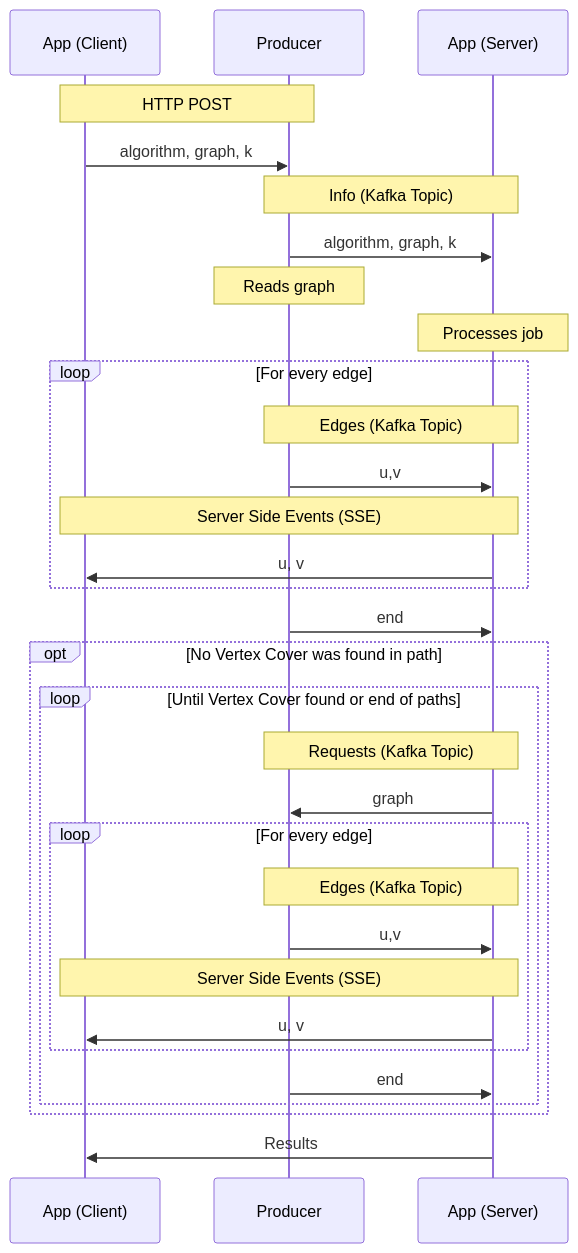
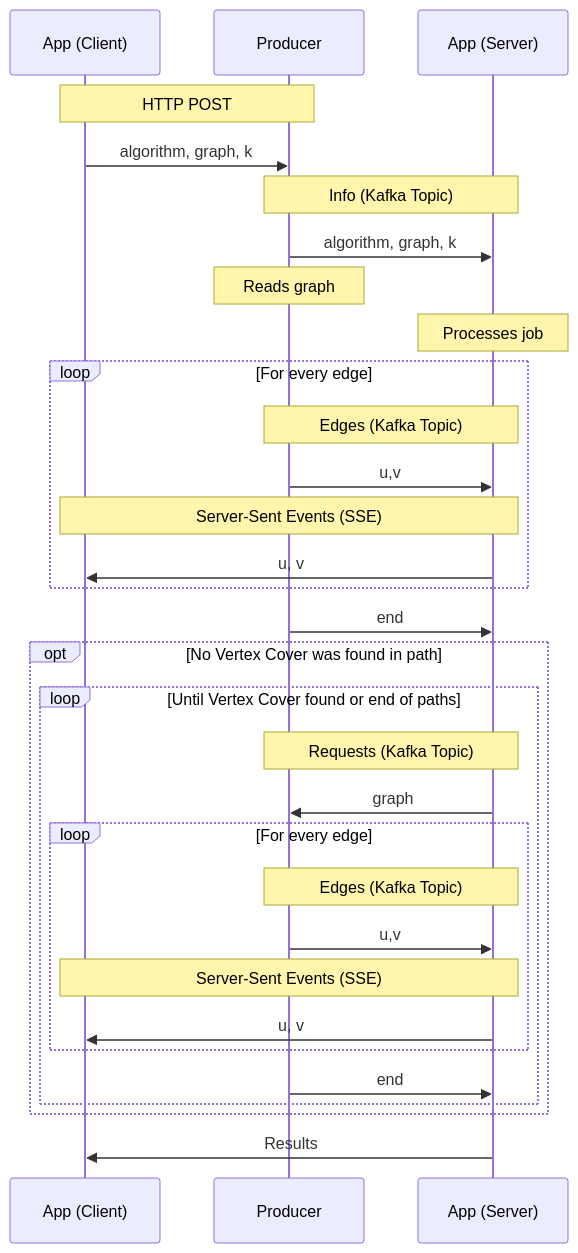
One commit to adamjhc/stream-vertex-cover changed the second of 2 diagrams in design/stream.md. Above: the diagram before and after it, drawn with Mermaid. The commit also changed other lines of this file and 3 other files, not shown here.

Commit message:
It's Server-Sent Events not Server Side Events

````diff
--- a/design/stream.md
+++ b/design/stream.md
@@ -25,30 +25,30 @@
 ```mermaid
 sequenceDiagram
     Note over App (Client),Producer: HTTP POST
     App (Client)->>Producer: algorithm, graph, k
     Note over Producer,App (Server): Info (Kafka Topic)
     Producer->>App (Server): algorithm, graph, k
     Note over Producer: Reads graph
     Note over App (Server): Processes job
     loop For every edge
         Note over Producer, App (Server): Edges (Kafka Topic)
         Producer->>App (Server): u,v
-        Note over App (Server),App (Client): Server Side Events (SSE)
+        Note over App (Server),App (Client): Server-Sent Events (SSE)
         App (Server)->>App (Client): u, v
     end
     Producer->>App (Server): end
     opt No Vertex Cover was found in path
         loop Until Vertex Cover found or end of paths
             Note over Producer,App (Server): Requests (Kafka Topic)
             App (Server)->>Producer: graph
             loop For every edge
                 Note over Producer, App (Server): Edges (Kafka Topic)
                 Producer->>App (Server): u,v
-                Note over App (Server),App (Client): Server Side Events (SSE)
+                Note over App (Server),App (Client): Server-Sent Events (SSE)
                 App (Server)->>App (Client): u, v
             end
             Producer->>App (Server): end
         end
     end
     App (Server)->>App (Client): Results
 ```
````
